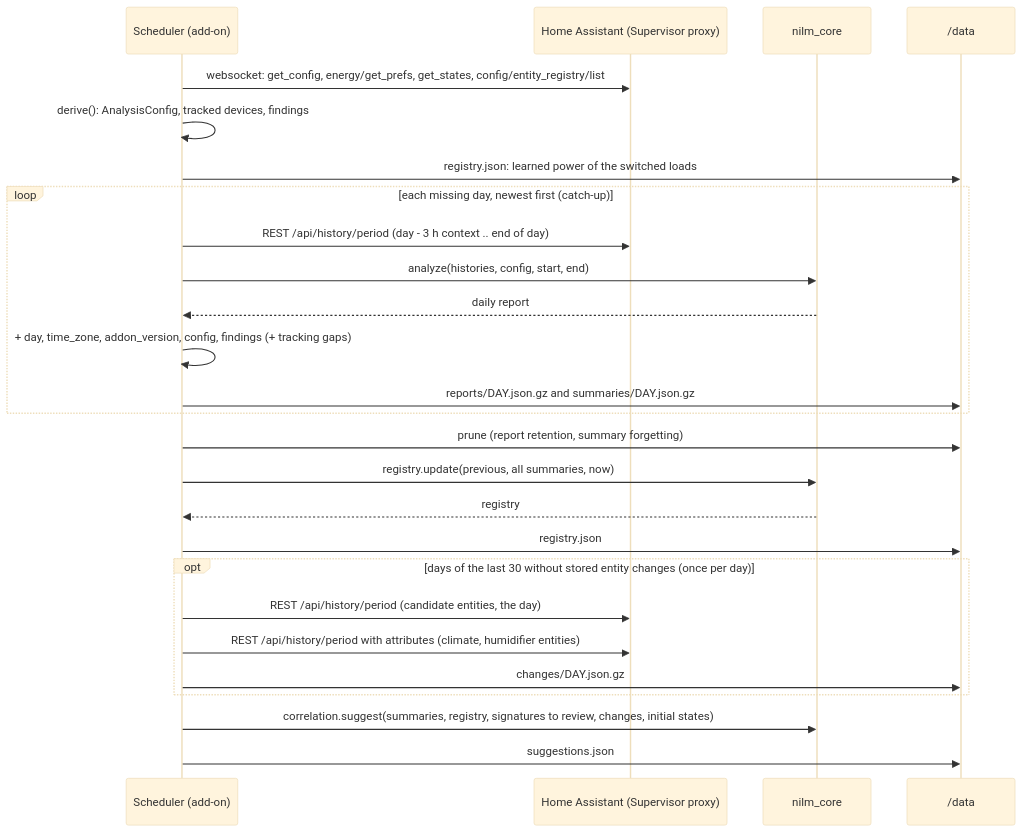
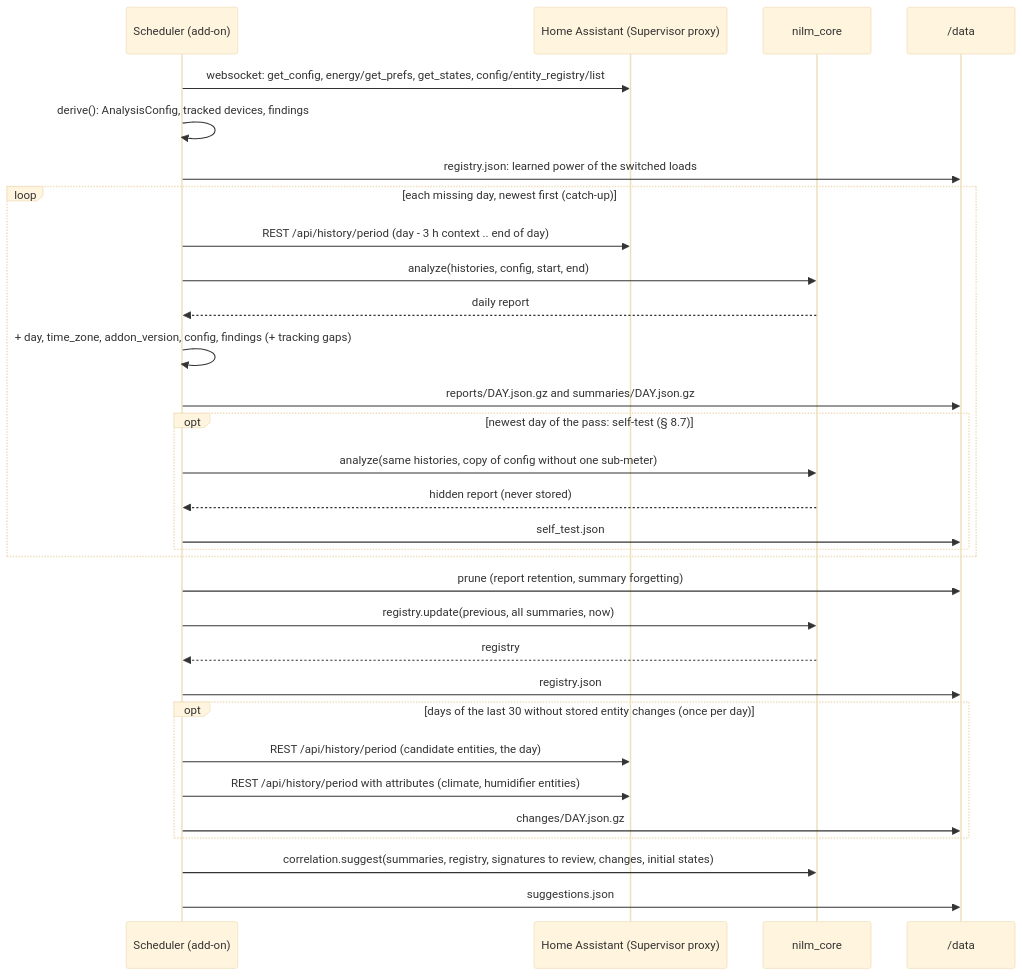
The second of 5 diagrams in docs/design.md (Aarklendoia/ha-energy-mapper), drawn with Mermaid (base theme) before and after one commit. The commit also changed other lines of this file and 30 other files, not shown here.

First line of the commit message:
Nightly self-test: hide a measured device, find it again, show the success rate (#15) (#72)

````diff
--- a/docs/design.md
+++ b/docs/design.md
@@ -100,28 +100,33 @@
 ```mermaid
 sequenceDiagram
   participant S as Scheduler (add-on)
   participant HA as Home Assistant (Supervisor proxy)
   participant E as nilm_core
   participant D as /data
   S->>HA: websocket: get_config, energy/get_prefs, get_states, config/entity_registry/list
   S->>S: derive(): AnalysisConfig, tracked devices, findings
   S->>D: registry.json: learned power of the switched loads
   loop each missing day, newest first (catch-up)
     S->>HA: REST /api/history/period (day - 3 h context .. end of day)
     S->>E: analyze(histories, config, start, end)
     E-->>S: daily report
     S->>S: + day, time_zone, addon_version, config, findings (+ tracking gaps)
     S->>D: reports/DAY.json.gz and summaries/DAY.json.gz
+    opt newest day of the pass: self-test (§ 8.7)
+      S->>E: analyze(same histories, copy of config without one sub-meter)
+      E-->>S: hidden report (never stored)
+      S->>D: self_test.json
+    end
   end
   S->>D: prune (report retention, summary forgetting)
   S->>E: registry.update(previous, all summaries, now)
   E-->>S: registry
   S->>D: registry.json
   opt days of the last 30 without stored entity changes (once per day)
     S->>HA: REST /api/history/period (candidate entities, the day)
     S->>HA: REST /api/history/period with attributes (climate, humidifier entities)
     S->>D: changes/DAY.json.gz
   end
   S->>E: correlation.suggest(summaries, registry, signatures to review, changes, initial states)
   S->>D: suggestions.json
 ```
````
